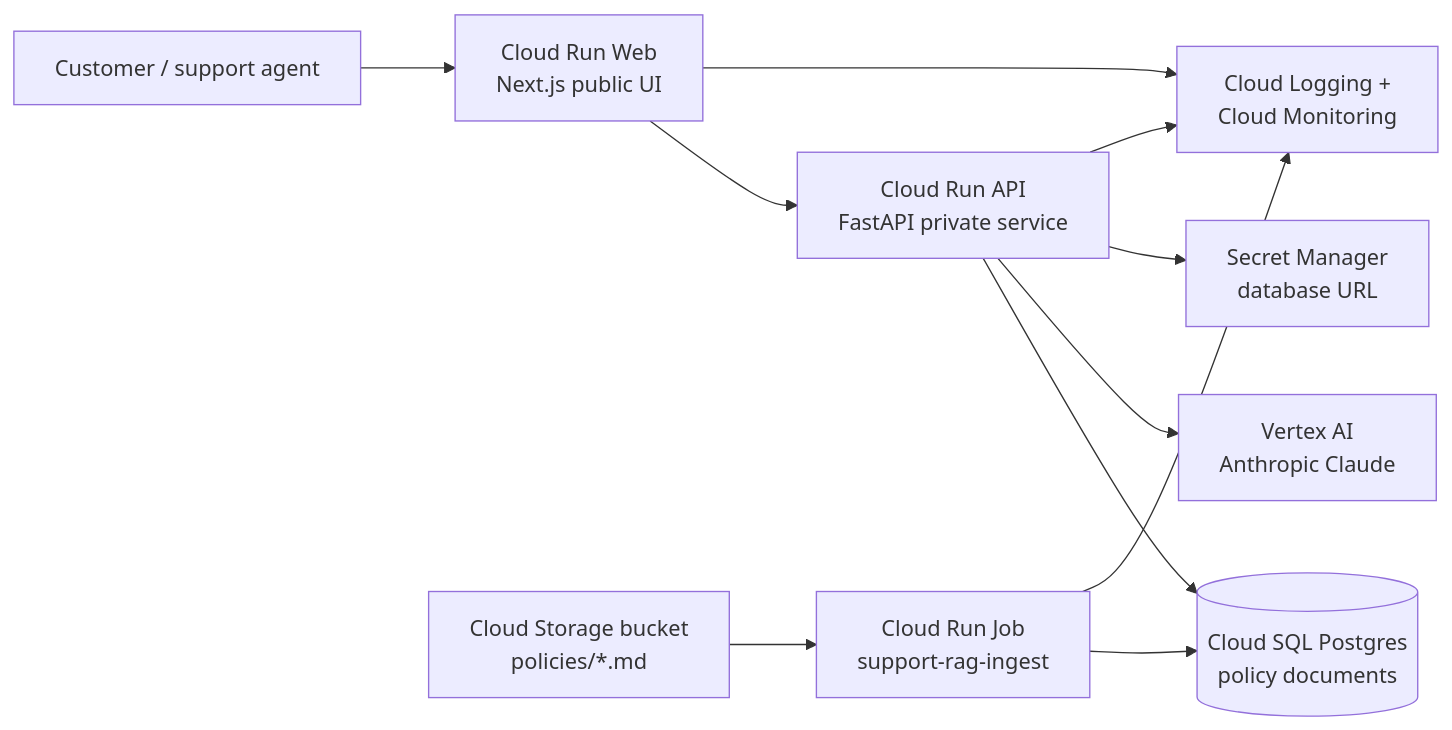
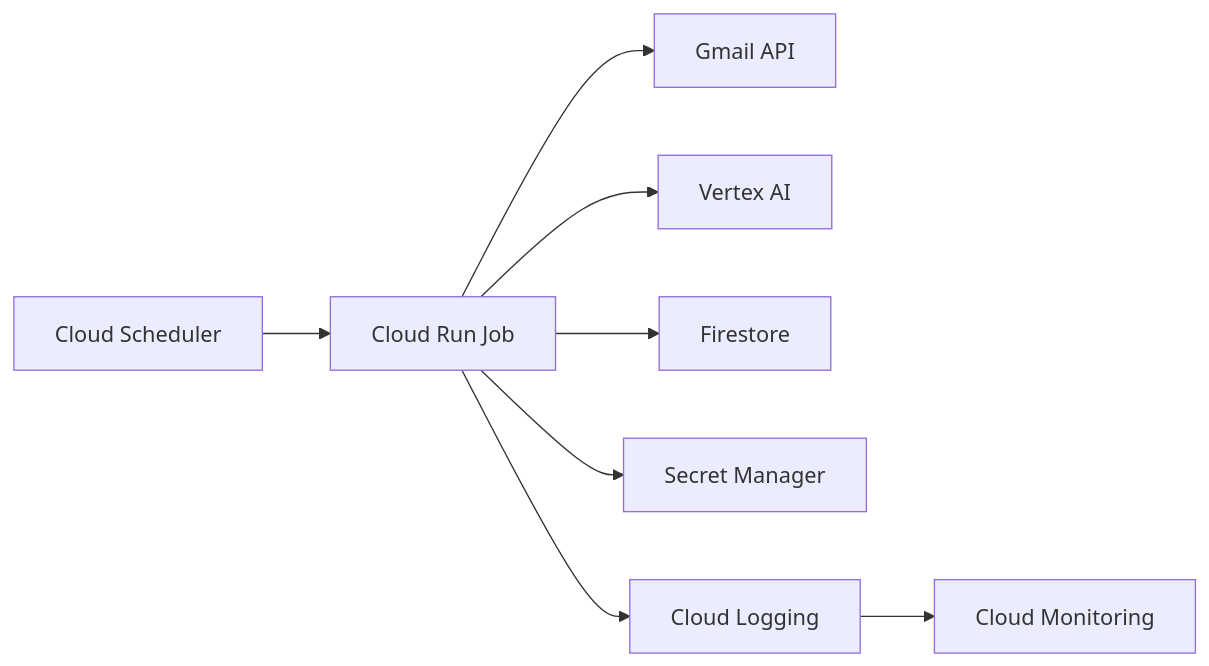
Before and after one commit to owainlewis/youtube-tutorials: the first of 2 diagrams in tutorials/deploy-ai-on-gcp/LESSON.md, drawn with Mermaid. The commit also changed other lines of this file and 17 other files, not shown here.

````diff
--- a/tutorials/deploy-ai-on-gcp/LESSON.md
+++ b/tutorials/deploy-ai-on-gcp/LESSON.md
@@ -78,15 +25,10 @@
 ```mermaid
 flowchart LR
-    user["Customer / support agent"] --> web["Cloud Run Web<br/>Next.js public UI"]
-    web --> api["Cloud Run API<br/>FastAPI private service"]
-    api --> db[("Cloud SQL Postgres<br/>policy documents")]
-    api --> vertex["Vertex AI<br/>Anthropic Claude"]
-    api --> secrets["Secret Manager<br/>database URL"]
-
-    docs["Cloud Storage bucket<br/>policies/*.md"] --> job["Cloud Run Job<br/>support-rag-ingest"]
-    job --> db
-
-    web --> logs["Cloud Logging +<br/>Cloud Monitoring"]
-    api --> logs
-    job --> logs
+    scheduler["Cloud Scheduler"] --> job["Cloud Run Job"]
+    job --> gmail["Gmail API"]
+    job --> vertex["Vertex AI"]
+    job --> firestore["Firestore"]
+    job --> secrets["Secret Manager"]
+    job --> logs["Cloud Logging"]
+    logs --> monitoring["Cloud Monitoring"]
 ```
````
